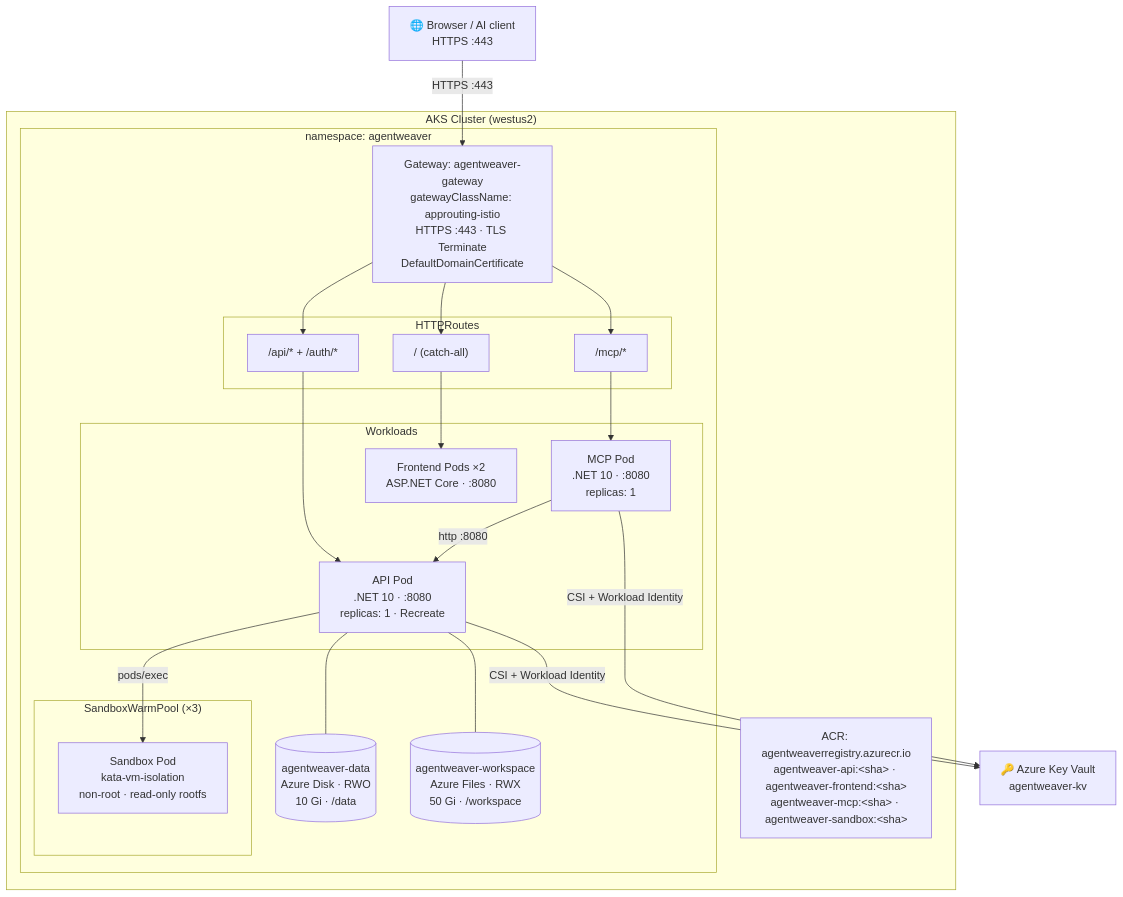
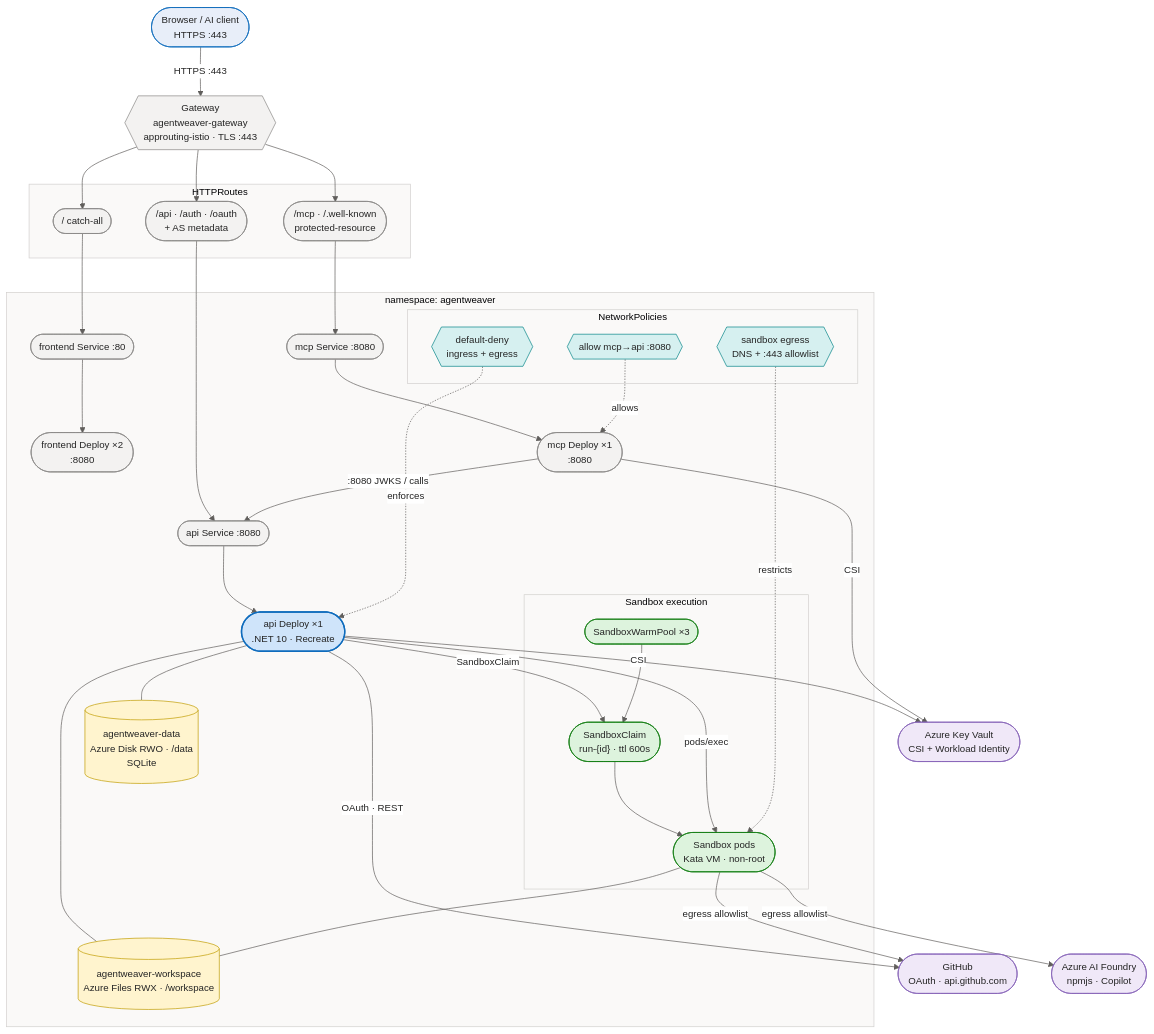
The first of 5 diagrams in docs/architecture-aks.md (sabbour/agentweaver), drawn with Mermaid before and after one commit. The commit also changed other lines of this file and 13 other files, not shown here.

````diff
--- a/docs/architecture-aks.md
+++ b/docs/architecture-aks.md
@@ -15,43 +15,78 @@
 ```mermaid
-graph TB
-    Client["🌐 Browser / AI client<br/>HTTPS :443"]
+%%{init: {'theme':'base','themeVariables':{'fontFamily':'Segoe UI, system-ui, -apple-system, sans-serif','fontSize':'14px','primaryColor':'#E8EEF9','primaryBorderColor':'#0F6CBD','primaryTextColor':'#242424','lineColor':'#605E5C','clusterBkg':'#FAF9F8','clusterBorder':'#D2D0CE','edgeLabelBackground':'#FFFFFF'}}}%%
+flowchart TB
+    client(["Browser / AI client<br/>HTTPS :443"])
 
-    subgraph AKS["AKS Cluster (westus2)"]
-        subgraph ns["namespace: agentweaver"]
-            GW["Gateway: agentweaver-gateway<br/>gatewayClassName: approuting-istio<br/>HTTPS :443 · TLS Terminate<br/>DefaultDomainCertificate"]
+    gw{{"Gateway<br/>agentweaver-gateway<br/>approuting-istio · TLS :443"}}
 
-            subgraph routing["HTTPRoutes"]
-                R_API["/api/* + /auth/*"]
-                R_MCP["/mcp/*"]
-                R_FE["/ (catch-all)"]
-            end
+    subgraph routes["HTTPRoutes"]
+        rApi(["/api · /auth · /oauth<br/>+ AS metadata"])
+        rMcp(["/mcp · /.well-known<br/>protected-resource"])
+        rFe(["/ catch-all"])
+    end
 
-            subgraph workloads["Workloads"]
-                API["API Pod<br/>.NET 10 · :8080<br/>replicas: 1 · Recreate"]
-                MCP["MCP Pod<br/>.NET 10 · :8080<br/>replicas: 1"]
-                FE["Frontend Pods ×2<br/>ASP.NET Core · :8080"]
-            end
+    subgraph ns["namespace: agentweaver"]
+        feSvc(["frontend Service :80"])
+        fe(["frontend Deploy ×2<br/>:8080"])
+        apiSvc(["api Service :8080"])
+        api(["api Deploy ×1<br/>.NET 10 · Recreate"])
+        mcpSvc(["mcp Service :8080"])
+        mcp(["mcp Deploy ×1<br/>:8080"])
 
-            subgraph sandbox_pool["SandboxWarmPool (×3)"]
-                SB["Sandbox Pod<br/>kata-vm-isolation<br/>non-root · read-only rootfs"]
-            end
-
-            DATA[("agentweaver-data<br/>Azure Disk · RWO<br/>10 Gi · /data")]
-            WS[("agentweaver-workspace<br/>Azure Files · RWX<br/>50 Gi · /workspace")]
+        subgraph execpool["Sandbox execution"]
+            warm(["SandboxWarmPool ×3"])
+            claim(["SandboxClaim<br/>run-{id} · ttl 600s"])
+            sb(["Sandbox pods<br/>Kata VM · non-root"])
         end
 
-        ACR["ACR: agentweaverregistry.azurecr.io<br/>agentweaver-api:&lt;sha&gt; · agentweaver-frontend:&lt;sha&gt;<br/>agentweaver-mcp:&lt;sha&gt; · agentweaver-sandbox:&lt;sha&gt;"]
+        appdb[("agentweaver-data<br/>Azure Disk RWO · /data<br/>SQLite")]
+        ws[("agentweaver-workspace<br/>Azure Files RWX · /workspace")]
+
+        subgraph netpol["NetworkPolicies"]
+            pDeny{{"default-deny<br/>ingress + egress"}}
+            pMcp{{"allow mcp→api :8080"}}
+            pSb{{"sandbox egress<br/>DNS + :443 allowlist"}}
+        end
     end
 
-    KV["🔑 Azure Key Vault<br/>agentweaver-kv"]
+    kv(["Azure Key Vault<br/>CSI + Workload Identity"])
+    gh(["GitHub<br/>OAuth · api.github.com"])
+    ai(["Azure AI Foundry<br/>npmjs · Copilot"])
 
-    Client -->|HTTPS :443| GW
-    GW --> R_API --> API
-    GW --> R_MCP --> MCP
-    GW --> R_FE --> FE
-    MCP -->|"http :8080"| API
-    API --- DATA
-    API --- WS
-    API -->|"pods/exec"| SB
-    API & MCP -->|"CSI + Workload Identity"| KV
+    client -->|"HTTPS :443"| gw
+    gw --> rApi --> apiSvc --> api
+    gw --> rMcp --> mcpSvc --> mcp
+    gw --> rFe --> feSvc --> fe
+    mcp -->|":8080 JWKS / calls"| apiSvc
+    api -->|"SandboxClaim"| claim
+    warm --> claim --> sb
+    api -->|"pods/exec"| sb
+    api --- appdb
+    api --- ws
+    sb --- ws
+    api -->|"CSI"| kv
+    mcp -->|"CSI"| kv
+    api -->|"OAuth · REST"| gh
+    sb -->|"egress allowlist"| gh
+    sb -->|"egress allowlist"| ai
+
+    pDeny -. enforces .-> api
+    pMcp -. allows .-> mcp
+    pSb -. restricts .-> sb
+
+    classDef client fill:#E8EEF9,stroke:#0F6CBD,stroke-width:1px,color:#242424;
+    classDef svc fill:#F3F2F1,stroke:#8A8886,stroke-width:1px,color:#242424;
+    classDef core fill:#CFE4FA,stroke:#0F6CBD,stroke-width:2px,color:#242424;
+    classDef data fill:#FFF4CE,stroke:#C19C00,stroke-width:1px,color:#242424;
+    classDef ext fill:#F0E8F8,stroke:#8764B8,stroke-width:1px,color:#242424;
+    classDef runtime fill:#DDF3DD,stroke:#107C10,stroke-width:1px,color:#242424;
+    classDef evt fill:#D6F0F0,stroke:#038387,stroke-width:1px,color:#242424;
+
+    class client client;
+    class gw,rApi,rMcp,rFe,feSvc,fe,mcpSvc,mcp,apiSvc svc;
+    class api core;
+    class warm,claim,sb runtime;
+    class appdb,ws data;
+    class pDeny,pMcp,pSb evt;
+    class kv,gh,ai ext;
 ```
````
